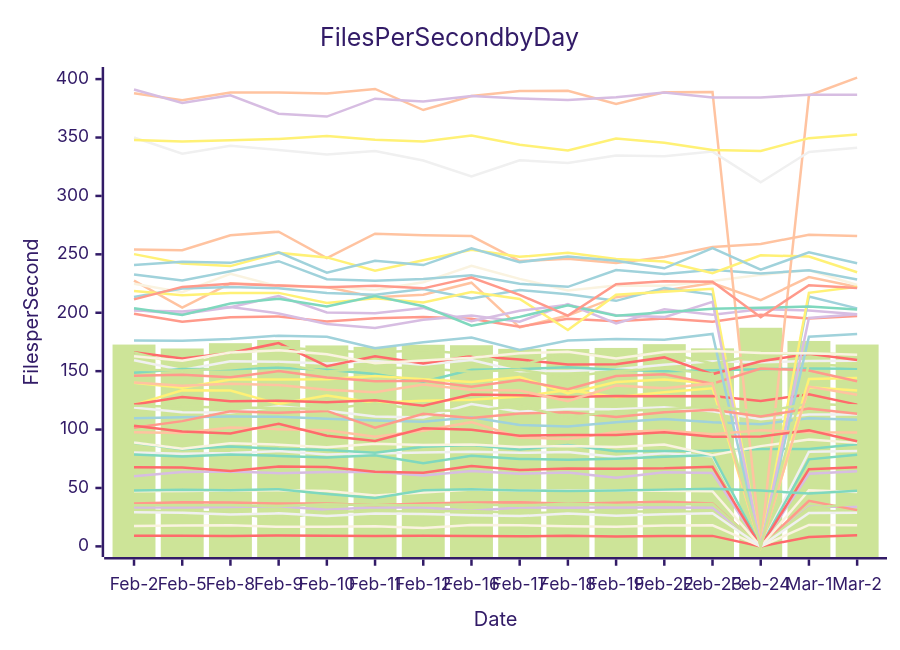
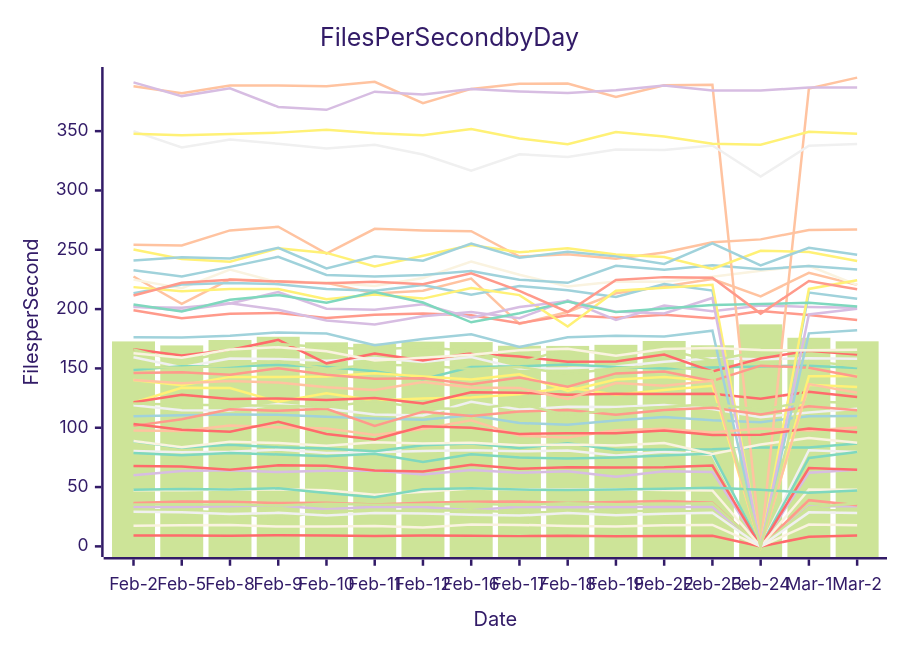
One commit to streetsidesoftware/cspell changed the diagram in perf-report.md. Above: the diagram before and after it, drawn with Mermaid (forest theme). The commit also changed other lines of this file and 1 other file, not shown here.

````diff
--- a/perf-report.md
+++ b/perf-report.md
@@ -10,57 +10,57 @@
 ```mermaid
 xychart-beta
     title Files Per Second by Day
     y-axis Files per Second
     x-axis Date [Feb-2, Feb-5, Feb-8, Feb-9, Feb-10, Feb-11, Feb-12, Feb-16, Feb-17, Feb-18, Feb-19, Feb-22, Feb-23, Feb-24, Mar-1, Mar-2]
-    bar [172.76, 169.39, 173.94, 176.68, 172.01, 170.80, 172.59, 172.20, 169.11, 168.97, 169.87, 173.10, 169.52, 187.14, 175.84, 172.78]
-    line [9.14, 9.10, 8.87, 9.39, 9.10, 8.79, 9.11, 8.93, 8.64, 9.05, 8.51, 8.78, 8.98, 0.00, 8.08, 9.48]
-    line [109.65, 110.63, 111.16, 110.94, 109.21, 107.83, 106.68, 110.60, 103.95, 102.58, 106.20, 108.99, 106.23, 104.62, 109.75, 108.50]
-    line [33.23, 33.25, 33.77, 34.38, 31.28, 33.43, 33.24, 30.53, 33.31, 33.04, 33.28, 33.21, 33.17, 0.00, 33.83, 33.92]
-    line [80.34, 79.32, 79.86, 81.63, 78.70, 79.41, 80.42, 80.99, 80.08, 80.78, 76.61, 79.69, 77.15, 0.00, 81.09, 81.59]
-    line [227.45, 204.37, 225.14, 223.42, 222.08, 213.20, 215.50, 225.73, 187.50, 197.59, 213.32, 219.03, 225.40, 210.70, 230.59, 222.00]
-    line [88.66, 83.22, 85.59, 83.52, 82.54, 80.25, 85.24, 86.74, 82.84, 86.83, 81.45, 81.71, 81.96, 83.41, 83.27, 87.42]
-    line [199.11, 192.32, 196.15, 196.80, 192.49, 195.28, 196.29, 194.83, 188.10, 194.84, 192.66, 195.15, 192.32, 198.30, 195.10, 197.20]
-    line [224.86, 217.64, 233.33, 222.49, 222.54, 219.50, 226.16, 240.10, 228.96, 219.08, 223.33, 223.11, 227.19, 232.41, 236.43, 223.75]
-    line [121.09, 133.64, 133.48, 121.84, 129.06, 122.93, 124.68, 125.50, 128.25, 133.90, 127.83, 131.88, 135.36, 0.00, 136.13, 133.51]
-    line [31.08, 29.80, 28.87, 23.26, 29.91, 29.82, 30.05, 30.35, 28.52, 29.28, 29.65, 29.97, 29.42, 0.00, 30.75, 29.62]
-    line [121.54, 127.82, 124.27, 124.62, 123.31, 125.03, 120.42, 129.98, 129.47, 127.87, 128.69, 128.42, 128.71, 124.50, 130.30, 121.34]
-    line [232.76, 227.56, 235.60, 244.14, 228.71, 227.46, 228.82, 232.02, 224.80, 222.16, 236.53, 233.14, 236.87, 233.63, 236.34, 228.38]
-    line [201.87, 201.12, 204.97, 199.43, 190.33, 187.01, 193.91, 197.53, 192.34, 207.35, 190.87, 203.05, 198.23, 203.08, 201.82, 198.61]
-    line [159.34, 150.93, 158.41, 157.97, 156.56, 158.71, 155.41, 159.62, 150.02, 150.05, 151.55, 155.58, 158.55, 157.69, 158.64, 158.84]
-    line [254.20, 253.57, 266.34, 269.39, 246.86, 267.66, 266.35, 265.66, 244.28, 246.16, 242.48, 247.66, 256.36, 258.77, 266.75, 265.72]
-    line [148.70, 151.93, 151.71, 152.93, 151.27, 147.55, 140.92, 151.13, 151.76, 153.31, 151.18, 149.85, 150.69, 151.72, 152.23, 152.07]
-    line [36.65, 37.87, 37.52, 36.62, 36.71, 35.21, 36.78, 37.62, 37.74, 36.57, 37.30, 38.24, 36.77, 0.00, 38.95, 31.05]
-    line [17.39, 17.79, 18.01, 16.74, 16.81, 17.17, 15.81, 18.35, 18.08, 17.18, 16.76, 17.88, 18.10, 0.00, 18.36, 18.10]
-    line [140.14, 135.87, 142.86, 142.75, 143.10, 145.82, 143.11, 140.65, 144.98, 130.98, 140.65, 142.78, 139.39, 0.00, 143.34, 144.23]
-    line [35.24, 35.24, 35.29, 34.51, 36.01, 35.10, 35.21, 35.98, 34.82, 36.43, 35.46, 35.84, 36.34, 0.00, 33.04, 36.34]
-    line [166.16, 160.94, 165.57, 174.04, 154.30, 162.65, 156.66, 162.87, 159.96, 155.64, 155.90, 161.77, 147.50, 158.41, 164.95, 159.54]
-    line [213.40, 220.70, 222.08, 221.01, 216.87, 215.38, 220.23, 212.12, 219.37, 215.84, 210.18, 221.20, 215.57, 0.00, 213.93, 203.71]
-    line [59.94, 63.60, 64.06, 62.64, 63.65, 63.88, 60.68, 64.42, 62.12, 63.28, 58.66, 63.36, 62.75, 0.00, 62.13, 64.28]
-    line [118.96, 114.84, 114.56, 119.99, 116.03, 111.12, 110.27, 121.81, 115.35, 117.70, 117.45, 119.10, 115.72, 108.80, 112.87, 112.99]
-    line [387.86, 381.95, 388.55, 388.50, 387.75, 391.57, 373.53, 385.59, 389.88, 390.09, 378.81, 388.65, 389.04, 0.00, 385.97, 401.27]
-    line [78.73, 76.88, 78.62, 77.47, 76.02, 78.07, 71.09, 77.64, 74.87, 74.07, 74.98, 76.63, 78.24, 0.00, 74.50, 78.39]
-    line [146.04, 146.87, 144.71, 150.09, 144.64, 141.32, 141.68, 136.63, 142.32, 134.55, 145.82, 147.42, 139.34, 152.31, 150.56, 141.29]
-    line [88.85, 83.51, 88.25, 87.06, 84.92, 87.81, 86.69, 87.24, 85.15, 85.90, 85.00, 87.17, 77.95, 85.83, 91.39, 88.60]
-    line [218.52, 215.06, 216.88, 216.99, 208.40, 212.31, 208.84, 217.81, 211.80, 185.28, 215.46, 218.06, 220.51, 0.00, 217.03, 222.18]
-    line [166.07, 155.61, 164.06, 170.66, 167.78, 165.93, 167.97, 164.38, 154.74, 166.79, 161.65, 166.00, 156.64, 164.50, 165.52, 163.99]
-    line [67.83, 67.42, 64.50, 68.29, 67.95, 63.94, 63.10, 68.79, 65.40, 66.62, 66.45, 66.78, 68.09, 0.00, 66.08, 67.64]
-    line [176.27, 176.08, 177.50, 180.37, 179.50, 169.53, 174.82, 178.71, 168.06, 176.19, 177.57, 176.95, 181.84, 0.00, 179.55, 181.85]
-    line [202.30, 198.84, 204.68, 214.35, 200.27, 199.54, 204.14, 192.69, 201.75, 206.87, 197.87, 196.25, 209.40, 0.00, 195.54, 198.76]
-    line [350.02, 336.18, 342.95, 339.36, 335.43, 338.51, 330.30, 316.59, 330.53, 328.24, 334.55, 334.07, 337.95, 311.68, 337.70, 341.22]
-    line [97.62, 97.16, 101.86, 100.35, 99.46, 93.91, 99.01, 106.34, 93.17, 91.86, 97.86, 99.22, 96.08, 99.35, 97.75, 97.47]
-    line [203.85, 198.04, 207.86, 211.91, 205.36, 214.41, 205.57, 188.86, 196.47, 206.41, 197.46, 200.43, 203.43, 204.23, 205.42, 202.71]
-    line [101.57, 107.21, 115.59, 114.29, 115.98, 101.55, 113.56, 109.85, 113.73, 114.86, 110.85, 114.90, 116.94, 111.12, 118.08, 113.47]
-    line [47.29, 47.35, 47.86, 48.05, 47.30, 43.46, 46.02, 48.76, 47.89, 47.85, 48.05, 47.61, 47.20, 0.00, 48.02, 46.46]
-    line [250.17, 242.23, 239.94, 251.24, 247.36, 235.88, 244.92, 253.98, 247.84, 251.30, 245.99, 243.93, 233.93, 249.19, 248.13, 234.63]
-    line [120.43, 119.43, 118.96, 118.43, 117.39, 122.51, 116.51, 115.88, 120.25, 110.42, 115.69, 117.45, 119.97, 115.23, 122.06, 120.55]
-    line [103.18, 98.24, 96.65, 104.96, 94.67, 90.15, 101.17, 99.92, 94.76, 95.38, 95.32, 97.68, 93.94, 94.07, 99.29, 89.96]
-    line [240.95, 243.60, 242.70, 251.69, 234.31, 244.51, 240.78, 255.22, 243.34, 248.23, 244.44, 238.03, 255.33, 236.79, 251.67, 242.29]
-    line [391.09, 379.53, 386.07, 370.43, 367.95, 383.26, 380.80, 385.48, 383.39, 382.12, 384.41, 388.46, 384.20, 384.25, 386.70, 386.69]
-    line [29.20, 28.78, 27.22, 28.25, 25.94, 28.04, 27.66, 26.73, 25.95, 28.09, 26.29, 27.51, 28.29, 0.00, 28.66, 28.72]
-    line [140.20, 137.55, 139.32, 138.06, 134.03, 131.86, 138.50, 133.91, 133.44, 124.24, 137.70, 135.31, 139.52, 0.00, 136.77, 129.78]
-    line [47.79, 48.42, 47.97, 48.95, 44.92, 41.33, 48.11, 48.93, 47.91, 47.47, 47.85, 48.58, 49.42, 47.74, 45.18, 47.57]
-    line [211.45, 222.13, 224.72, 223.26, 221.76, 223.13, 220.88, 230.21, 215.32, 197.56, 224.48, 226.95, 226.51, 196.21, 223.62, 221.08]
-    line [162.82, 158.93, 165.88, 167.89, 164.45, 156.78, 159.08, 161.56, 165.23, 166.55, 160.76, 166.40, 167.25, 165.44, 165.22, 164.06]
-    line [347.78, 346.57, 347.57, 348.75, 351.19, 348.15, 346.62, 351.78, 343.88, 338.94, 349.19, 345.47, 339.39, 338.55, 349.45, 352.53]
-    line [151.10, 150.58, 152.48, 156.02, 149.70, 153.17, 152.51, 149.58, 151.17, 145.28, 150.19, 152.37, 147.43, 0.00, 156.21, 153.68]
+    bar [172.76, 169.39, 173.94, 176.68, 172.01, 170.80, 172.59, 172.20, 169.11, 168.97, 169.87, 173.10, 169.52, 187.14, 175.84, 172.84]
+    line [9.14, 9.10, 8.87, 9.39, 9.10, 8.79, 9.11, 8.93, 8.64, 9.05, 8.51, 8.78, 8.98, 0.00, 8.08, 9.27]
+    line [109.65, 110.63, 111.16, 110.94, 109.21, 107.83, 106.68, 110.60, 103.95, 102.58, 106.20, 108.99, 106.23, 104.62, 109.75, 109.79]
+    line [33.23, 33.25, 33.77, 34.38, 31.28, 33.43, 33.24, 30.53, 33.31, 33.04, 33.28, 33.21, 33.17, 0.00, 33.83, 33.80]
+    line [80.34, 79.32, 79.86, 81.63, 78.70, 79.41, 80.42, 80.99, 80.08, 80.78, 76.61, 79.69, 77.15, 0.00, 81.09, 79.56]
+    line [227.45, 204.37, 225.14, 223.42, 222.08, 213.20, 215.50, 225.73, 187.50, 197.59, 213.32, 219.03, 225.40, 210.70, 230.59, 220.42]
+    line [88.66, 83.22, 85.59, 83.52, 82.54, 80.25, 85.24, 86.74, 82.84, 86.83, 81.45, 81.71, 81.96, 83.41, 83.27, 86.76]
+    line [199.11, 192.32, 196.15, 196.80, 192.49, 195.28, 196.29, 194.83, 188.10, 194.84, 192.66, 195.15, 192.32, 198.30, 195.10, 190.89]
+    line [224.86, 217.64, 233.33, 222.49, 222.54, 219.50, 226.16, 240.10, 228.96, 219.08, 223.33, 223.11, 227.19, 232.41, 236.43, 220.35]
+    line [121.09, 133.64, 133.48, 121.84, 129.06, 122.93, 124.68, 125.50, 128.25, 133.90, 127.83, 131.88, 135.36, 0.00, 136.13, 134.33]
+    line [31.08, 29.80, 28.87, 23.26, 29.91, 29.82, 30.05, 30.35, 28.52, 29.28, 29.65, 29.97, 29.42, 0.00, 30.75, 30.34]
+    line [121.54, 127.82, 124.27, 124.62, 123.31, 125.03, 120.42, 129.98, 129.47, 127.87, 128.69, 128.42, 128.71, 124.50, 130.30, 125.89]
+    line [232.76, 227.56, 235.60, 244.14, 228.71, 227.46, 228.82, 232.02, 224.80, 222.16, 236.53, 233.14, 236.87, 233.63, 236.34, 233.40]
+    line [201.87, 201.12, 204.97, 199.43, 190.33, 187.01, 193.91, 197.53, 192.34, 207.35, 190.87, 203.05, 198.23, 203.08, 201.82, 201.10]
+    line [159.34, 150.93, 158.41, 157.97, 156.56, 158.71, 155.41, 159.62, 150.02, 150.05, 151.55, 155.58, 158.55, 157.69, 158.64, 158.07]
+    line [254.20, 253.57, 266.34, 269.39, 246.86, 267.66, 266.35, 265.66, 244.28, 246.16, 242.48, 247.66, 256.36, 258.77, 266.75, 267.04]
+    line [148.70, 151.93, 151.71, 152.93, 151.27, 147.55, 140.92, 151.13, 151.76, 153.31, 151.18, 149.85, 150.69, 151.72, 152.23, 150.43]
+    line [36.65, 37.87, 37.52, 36.62, 36.71, 35.21, 36.78, 37.62, 37.74, 36.57, 37.30, 38.24, 36.77, 0.00, 38.95, 34.71]
+    line [17.39, 17.79, 18.01, 16.74, 16.81, 17.17, 15.81, 18.35, 18.08, 17.18, 16.76, 17.88, 18.10, 0.00, 18.36, 17.86]
+    line [140.14, 135.87, 142.86, 142.75, 143.10, 145.82, 143.11, 140.65, 144.98, 130.98, 140.65, 142.78, 139.39, 0.00, 143.34, 143.60]
+    line [35.24, 35.24, 35.29, 34.51, 36.01, 35.10, 35.21, 35.98, 34.82, 36.43, 35.46, 35.84, 36.34, 0.00, 33.04, 36.07]
+    line [166.16, 160.94, 165.57, 174.04, 154.30, 162.65, 156.66, 162.87, 159.96, 155.64, 155.90, 161.77, 147.50, 158.41, 164.95, 161.73]
+    line [213.40, 220.70, 222.08, 221.01, 216.87, 215.38, 220.23, 212.12, 219.37, 215.84, 210.18, 221.20, 215.57, 0.00, 213.93, 208.81]
+    line [59.94, 63.60, 64.06, 62.64, 63.65, 63.88, 60.68, 64.42, 62.12, 63.28, 58.66, 63.36, 62.75, 0.00, 62.13, 64.50]
+    line [118.96, 114.84, 114.56, 119.99, 116.03, 111.12, 110.27, 121.81, 115.35, 117.70, 117.45, 119.10, 115.72, 108.80, 112.87, 115.97]
+    line [387.86, 381.95, 388.55, 388.50, 387.75, 391.57, 373.53, 385.59, 389.88, 390.09, 378.81, 388.65, 389.04, 0.00, 385.97, 395.11]
+    line [78.73, 76.88, 78.62, 77.47, 76.02, 78.07, 71.09, 77.64, 74.87, 74.07, 74.98, 76.63, 78.24, 0.00, 74.50, 79.55]
+    line [146.04, 146.87, 144.71, 150.09, 144.64, 141.32, 141.68, 136.63, 142.32, 134.55, 145.82, 147.42, 139.34, 152.31, 150.56, 142.97]
+    line [88.85, 83.51, 88.25, 87.06, 84.92, 87.81, 86.69, 87.24, 85.15, 85.90, 85.00, 87.17, 77.95, 85.83, 91.39, 87.41]
+    line [218.52, 215.06, 216.88, 216.99, 208.40, 212.31, 208.84, 217.81, 211.80, 185.28, 215.46, 218.06, 220.51, 0.00, 217.03, 224.38]
+    line [166.07, 155.61, 164.06, 170.66, 167.78, 165.93, 167.97, 164.38, 154.74, 166.79, 161.65, 166.00, 156.64, 164.50, 165.52, 163.33]
+    line [67.83, 67.42, 64.50, 68.29, 67.95, 63.94, 63.10, 68.79, 65.40, 66.62, 66.45, 66.78, 68.09, 0.00, 66.08, 64.54]
+    line [176.27, 176.08, 177.50, 180.37, 179.50, 169.53, 174.82, 178.71, 168.06, 176.19, 177.57, 176.95, 181.84, 0.00, 179.55, 182.20]
+    line [202.30, 198.84, 204.68, 214.35, 200.27, 199.54, 204.14, 192.69, 201.75, 206.87, 197.87, 196.25, 209.40, 0.00, 195.54, 200.28]
+    line [350.02, 336.18, 342.95, 339.36, 335.43, 338.51, 330.30, 316.59, 330.53, 328.24, 334.55, 334.07, 337.95, 311.68, 337.70, 339.13]
+    line [97.62, 97.16, 101.86, 100.35, 99.46, 93.91, 99.01, 106.34, 93.17, 91.86, 97.86, 99.22, 96.08, 99.35, 97.75, 100.22]
+    line [203.85, 198.04, 207.86, 211.91, 205.36, 214.41, 205.57, 188.86, 196.47, 206.41, 197.46, 200.43, 203.43, 204.23, 205.42, 202.10]
+    line [101.57, 107.21, 115.59, 114.29, 115.98, 101.55, 113.56, 109.85, 113.73, 114.86, 110.85, 114.90, 116.94, 111.12, 118.08, 114.76]
+    line [47.29, 47.35, 47.86, 48.05, 47.30, 43.46, 46.02, 48.76, 47.89, 47.85, 48.05, 47.61, 47.20, 0.00, 48.02, 47.76]
+    line [250.17, 242.23, 239.94, 251.24, 247.36, 235.88, 244.92, 253.98, 247.84, 251.30, 245.99, 243.93, 233.93, 249.19, 248.13, 240.58]
+    line [120.43, 119.43, 118.96, 118.43, 117.39, 122.51, 116.51, 115.88, 120.25, 110.42, 115.69, 117.45, 119.97, 115.23, 122.06, 120.84]
+    line [103.18, 98.24, 96.65, 104.96, 94.67, 90.15, 101.17, 99.92, 94.76, 95.38, 95.32, 97.68, 93.94, 94.07, 99.29, 96.12]
+    line [240.95, 243.60, 242.70, 251.69, 234.31, 244.51, 240.78, 255.22, 243.34, 248.23, 244.44, 238.03, 255.33, 236.79, 251.67, 245.86]
+    line [391.09, 379.53, 386.07, 370.43, 367.95, 383.26, 380.80, 385.48, 383.39, 382.12, 384.41, 388.46, 384.20, 384.25, 386.70, 386.85]
+    line [29.20, 28.78, 27.22, 28.25, 25.94, 28.04, 27.66, 26.73, 25.95, 28.09, 26.29, 27.51, 28.29, 0.00, 28.66, 28.16]
+    line [140.20, 137.55, 139.32, 138.06, 134.03, 131.86, 138.50, 133.91, 133.44, 124.24, 137.70, 135.31, 139.52, 0.00, 136.77, 129.41]
+    line [47.79, 48.42, 47.97, 48.95, 44.92, 41.33, 48.11, 48.93, 47.91, 47.47, 47.85, 48.58, 49.42, 47.74, 45.18, 47.01]
+    line [211.45, 222.13, 224.72, 223.26, 221.76, 223.13, 220.88, 230.21, 215.32, 197.56, 224.48, 226.95, 226.51, 196.21, 223.62, 216.70]
+    line [162.82, 158.93, 165.88, 167.89, 164.45, 156.78, 159.08, 161.56, 165.23, 166.55, 160.76, 166.40, 167.25, 165.44, 165.22, 165.66]
+    line [347.78, 346.57, 347.57, 348.75, 351.19, 348.15, 346.62, 351.78, 343.88, 338.94, 349.19, 345.47, 339.39, 338.55, 349.45, 347.73]
+    line [151.10, 150.58, 152.48, 156.02, 149.70, 153.17, 152.51, 149.58, 151.17, 145.28, 150.19, 152.37, 147.43, 0.00, 156.21, 151.86]
 ```
````
